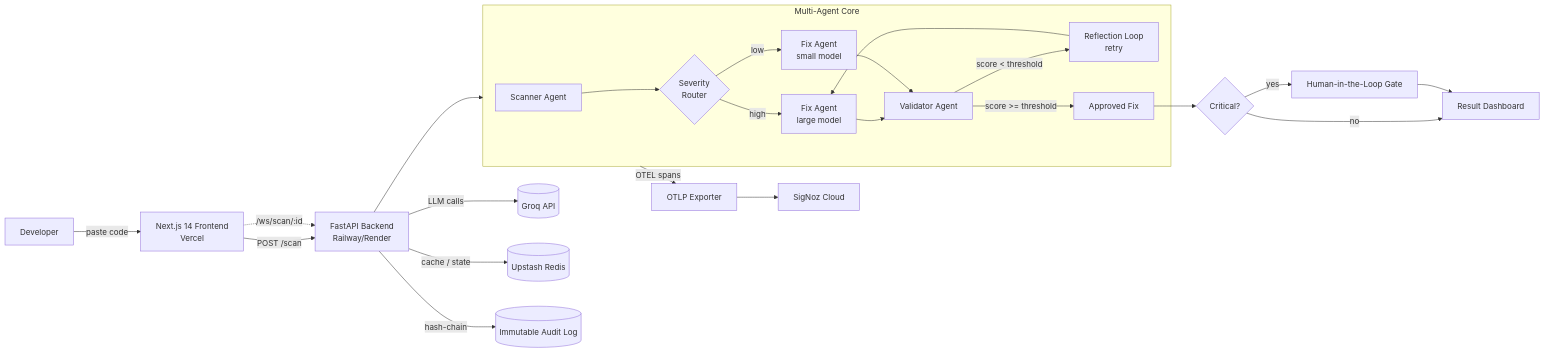
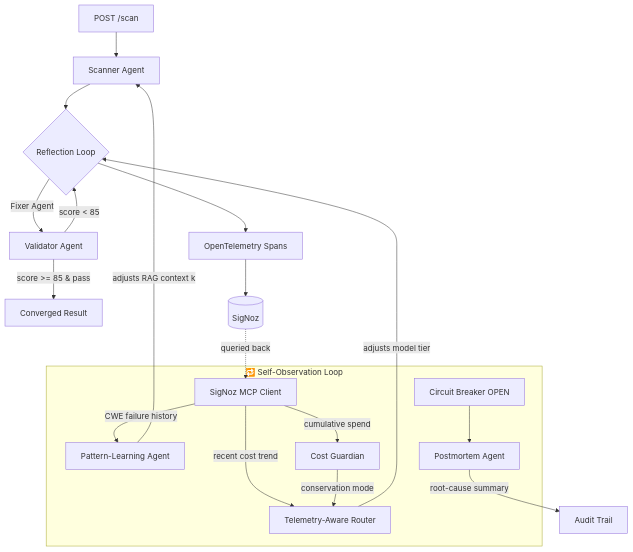
Before and after one commit to bichukaleakash809-lang/devguard-ai: the diagram in README.md, drawn with Mermaid. The commit also changed other lines of this file, not shown here.

Commit message:
Update README: self-observing agent architecture + diagram

````diff
--- a/README.md
+++ b/README.md
@@ -24,27 +19,24 @@
 ```mermaid
-flowchart LR
-    U[Developer] -->|paste code| FE[Next.js 14 Frontend<br/>Vercel]
-    FE -->|POST /scan| API[FastAPI Backend<br/>Railway/Render]
-    FE -.->|/ws/scan/:id| API
+flowchart TD
+    A[POST /scan] --> B[Scanner Agent]
+    B --> C{Reflection Loop}
+    C -->|Fixer Agent| D[Validator Agent]
+    D -->|score >= 85 & pass| E[Converged Result]
+    D -->|score < 85| C
 
-    subgraph Agents["Multi-Agent Core"]
-        SA[Scanner Agent] --> RT{Severity<br/>Router}
-        RT -->|high| FA[Fix Agent<br/>large model]
-        RT -->|low| FAS[Fix Agent<br/>small model]
-        FA --> VA[Validator Agent]
-        FAS --> VA
-        VA -->|score < threshold| REF[Reflection Loop<br/>retry] --> FA
-        VA -->|score >= threshold| DONE[Approved Fix]
+    subgraph SelfObservation ["🔁 Self-Observation Loop"]
+        F[SigNoz MCP Client] -->|recent cost trend| G[Telemetry-Aware Router]
+        F -->|CWE failure history| H[Pattern-Learning Agent]
+        F -->|cumulative spend| I[Cost Guardian]
+        J[Circuit Breaker OPEN] --> K[Postmortem Agent]
     end
 
-    API --> Agents
-    API -->|LLM calls| GROQ[(Groq API)]
-    API -->|cache / state| REDIS[(Upstash Redis)]
-    API -->|hash-chain| AUDIT[(Immutable Audit Log)]
-    Agents -->|OTEL spans| OTEL[OTLP Exporter]
-    OTEL --> SIGNOZ[SigNoz Cloud]
-    DONE --> HITL{Critical?}
-    HITL -->|yes| APPROVE[Human-in-the-Loop Gate]
-    HITL -->|no| RESULT[Result Dashboard]
-    APPROVE --> RESULT
+    G -->|adjusts model tier| C
+    H -->|adjusts RAG context k| B
+    I -->|conservation mode| G
+    K -->|root-cause summary| L[Audit Trail]
+
+    C --> M[OpenTelemetry Spans]
+    M --> N[(SigNoz)]
+    N -.->|queried back| F
 ```
````
